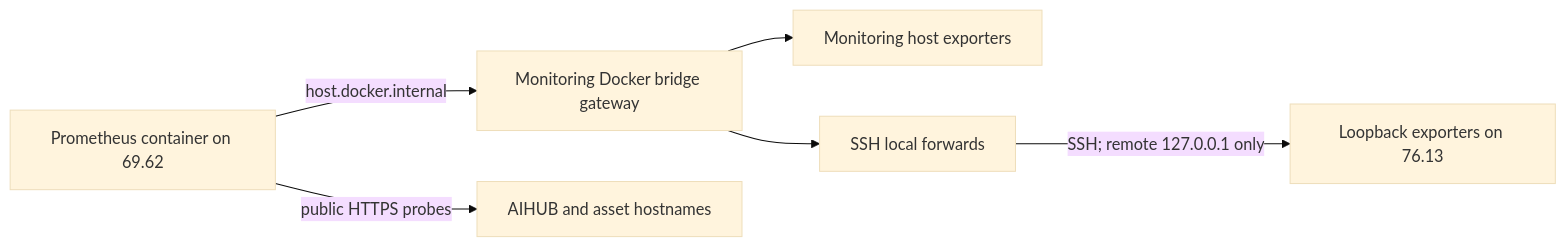
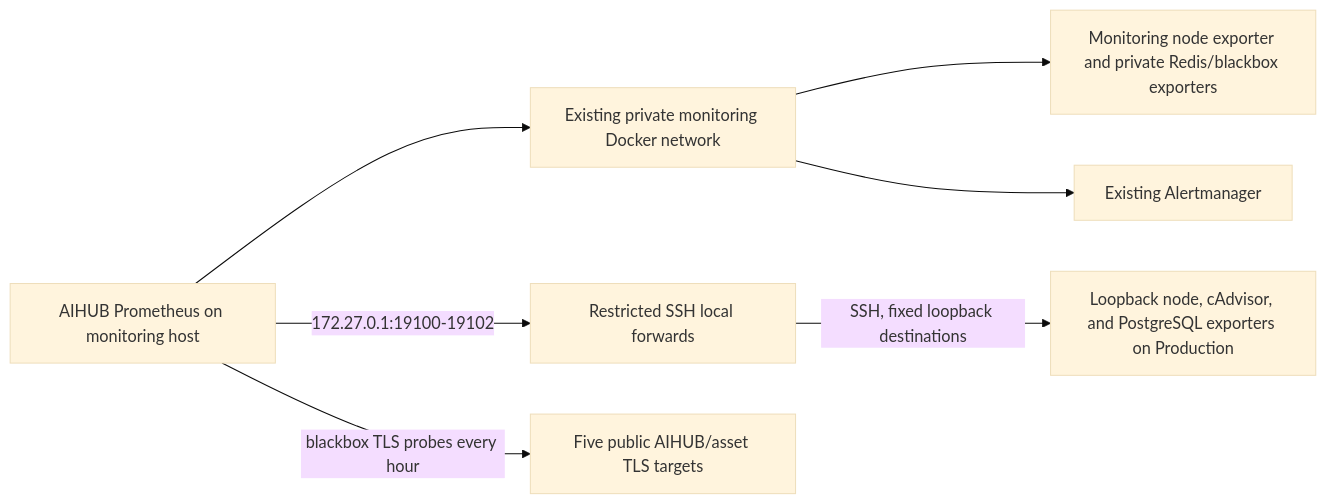
One commit to AiHub-Ecosystem/aihub-be changed the diagram in docs/operations/aihub-observability.md. Above: the diagram before and after it, drawn with Mermaid (base theme). The commit also changed other lines of this file and 11 other files, not shown here.

Commit message:
feat(observability): add AIHUB host monitoring overlay

````diff
--- a/docs/operations/aihub-observability.md
+++ b/docs/operations/aihub-observability.md
@@ -23,13 +14,16 @@
 ```mermaid
 flowchart LR
-  Prom[Prometheus container on 69.62]
-  Gateway[Monitoring Docker bridge gateway]
-  Local[Monitoring host exporters]
-  Tunnel[SSH local forwards]
-  Prod[Loopback exporters on 76.13]
-  Prom -->|host.docker.internal| Gateway
-  Gateway --> Local
-  Gateway --> Tunnel
-  Tunnel -->|SSH; remote 127.0.0.1 only| Prod
-  Prom -->|public HTTPS probes| Edge[AIHUB and asset hostnames]
+  Prom[AIHUB Prometheus on monitoring host]
+  Net[Existing private monitoring Docker network]
+  Mon[Monitoring node exporter and private Redis/blackbox exporters]
+  Tunnel[Restricted SSH local forwards]
+  Prod[Loopback node, cAdvisor, and PostgreSQL exporters on Production]
+  AM[Existing Alertmanager]
+  Public[Five public AIHUB/asset TLS targets]
+  Prom --> Net
+  Net --> Mon
+  Net --> AM
+  Prom -->|172.27.0.1:19100-19102| Tunnel
+  Tunnel -->|SSH, fixed loopback destinations| Prod
+  Prom -->|blackbox TLS probes every hour| Public
 ```
````
